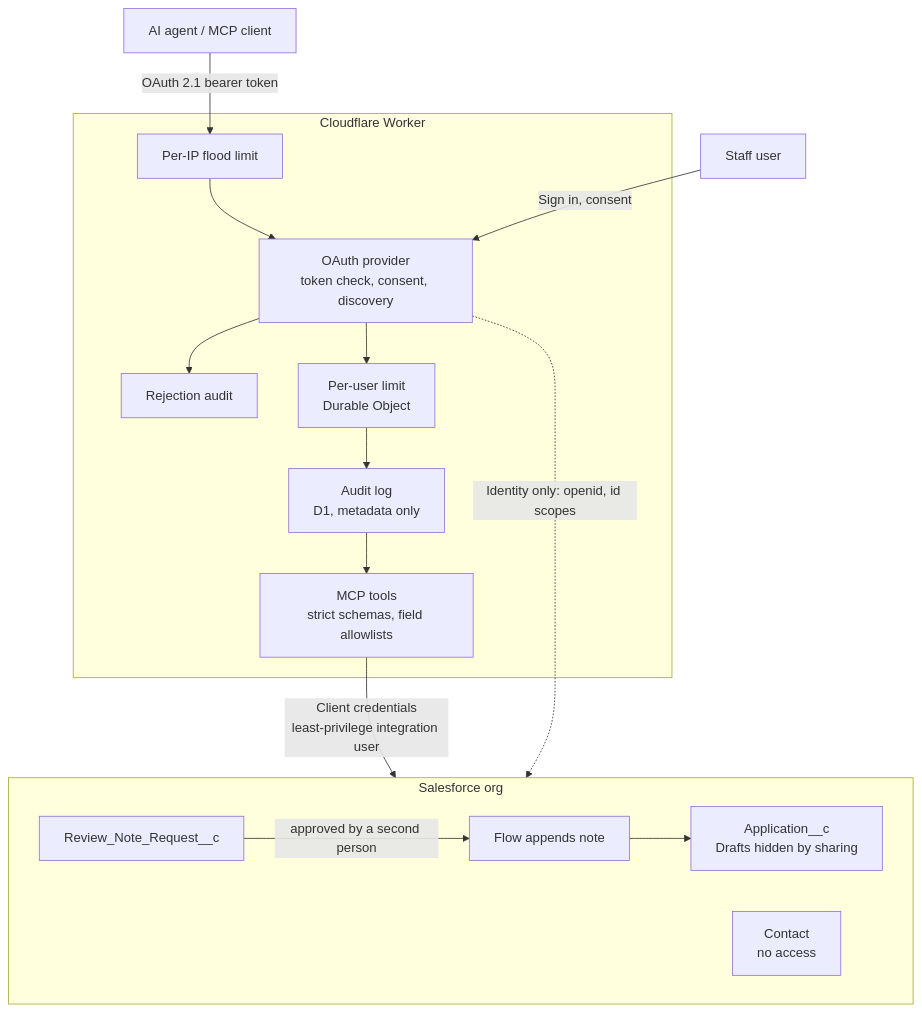
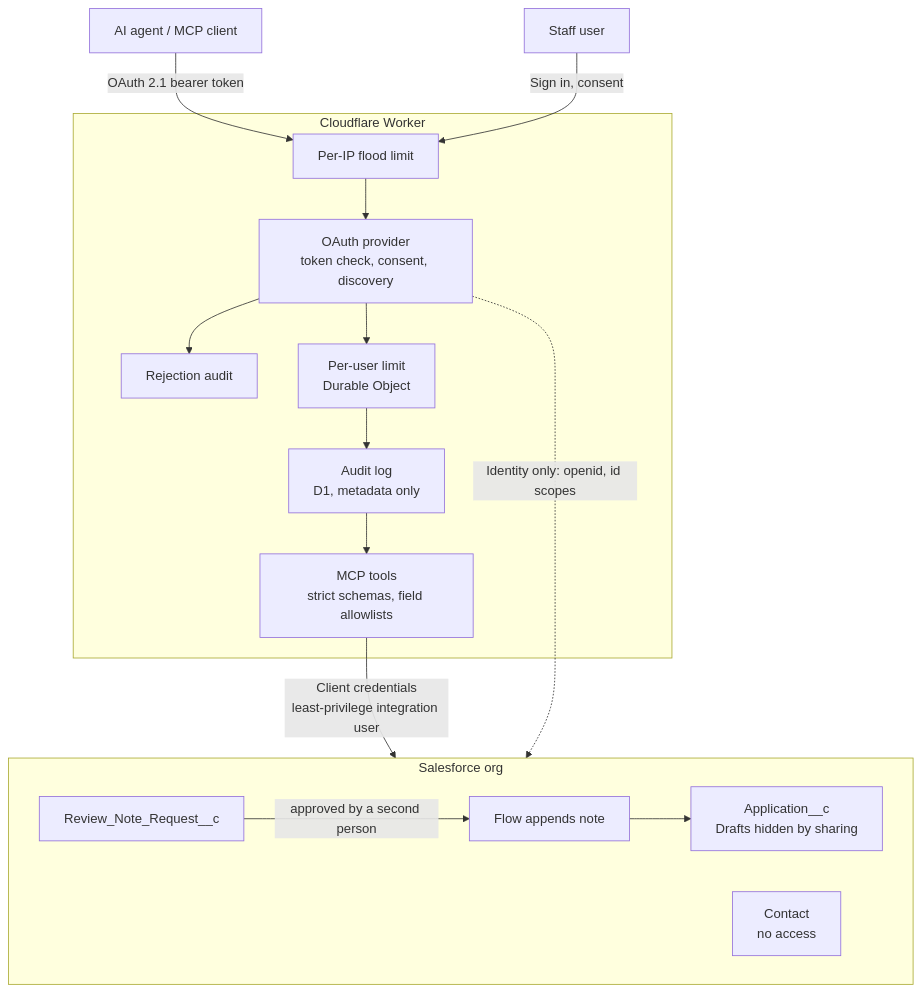
Before and after one commit to LukeStuard/safe-agent-gateway: the diagram in README.md, drawn with Mermaid. The commit also changed other lines of this file, not shown here.

Commit message:
README diagram: sign-in also passes the per-IP limit

````diff
--- a/README.md
+++ b/README.md
@@ -26,24 +26,24 @@
 ```mermaid
 flowchart TD
     A[AI agent / MCP client] -->|OAuth 2.1 bearer token| B
 
     subgraph W[Cloudflare Worker]
         B[Per-IP flood limit] --> C[OAuth provider<br/>token check, consent, discovery]
         C --> D[Rejection audit]
         C --> E[Per-user limit<br/>Durable Object]
         E --> F[Audit log<br/>D1, metadata only]
         F --> G[MCP tools<br/>strict schemas, field allowlists]
     end
 
     G -->|Client credentials<br/>least-privilege integration user| S
 
     subgraph S[Salesforce org]
         H[Application__c<br/>Drafts hidden by sharing]
         I[Contact<br/>no access]
         J[Review_Note_Request__c] -->|approved by a second person| K[Flow appends note]
         K --> H
     end
 
-    U[Staff user] -->|Sign in, consent| C
+    U[Staff user] -->|Sign in, consent| B
     C -.->|Identity only: openid, id scopes| S
 ```
````
